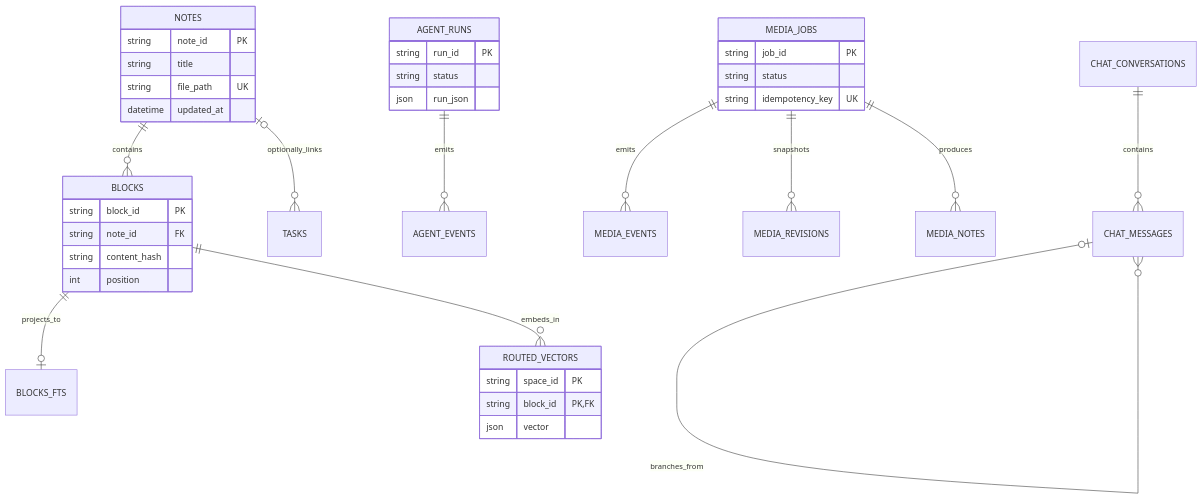
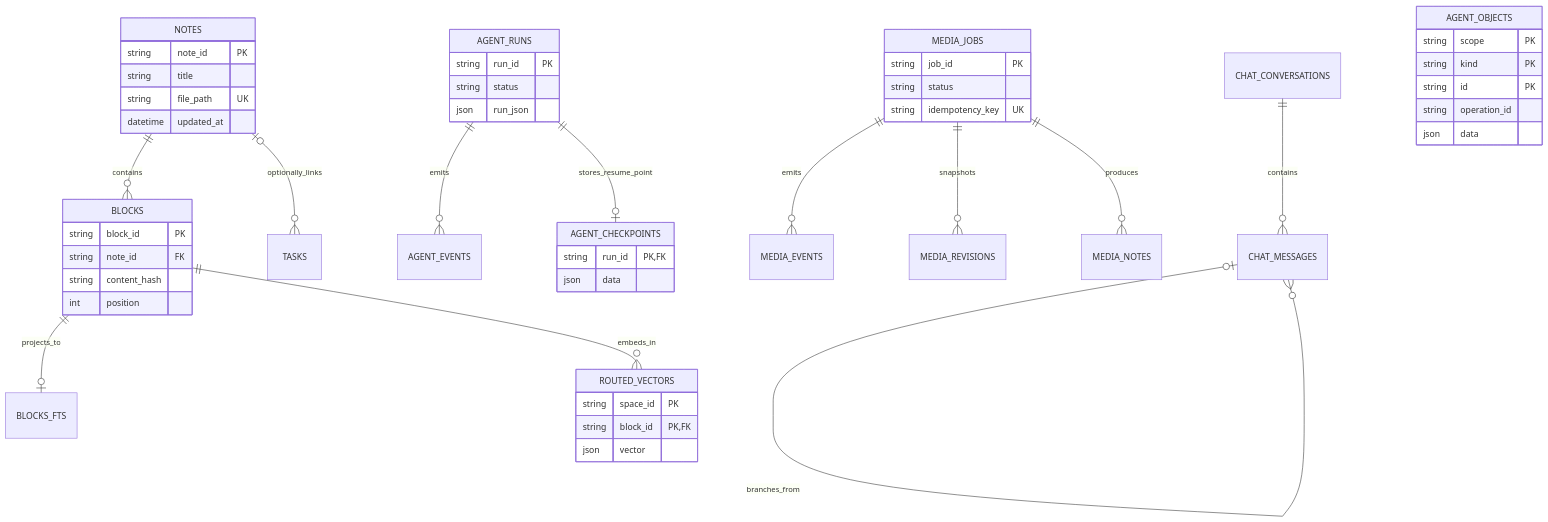
The fifth of 5 diagrams in README.md (KiriAky107/OpenNexus), drawn with Mermaid before and after one commit. The commit also changed other lines of this file and 1 other file, not shown here.

````diff
--- a/README.md
+++ b/README.md
@@ -220,42 +224,54 @@
 ```mermaid
 erDiagram
     NOTES ||--o{ BLOCKS : contains
     BLOCKS ||--o| BLOCKS_FTS : projects_to
     BLOCKS ||--o{ ROUTED_VECTORS : embeds_in
     NOTES o|--o{ TASKS : optionally_links
     AGENT_RUNS ||--o{ AGENT_EVENTS : emits
+    AGENT_RUNS ||--o| AGENT_CHECKPOINTS : stores_resume_point
     MEDIA_JOBS ||--o{ MEDIA_EVENTS : emits
     MEDIA_JOBS ||--o{ MEDIA_REVISIONS : snapshots
     MEDIA_JOBS ||--o{ MEDIA_NOTES : produces
     CHAT_CONVERSATIONS ||--o{ CHAT_MESSAGES : contains
     CHAT_MESSAGES o|--o{ CHAT_MESSAGES : branches_from
 
     NOTES {
         string note_id PK
         string title
         string file_path UK
         datetime updated_at
     }
     BLOCKS {
         string block_id PK
         string note_id FK
         string content_hash
         int position
     }
     ROUTED_VECTORS {
         string space_id PK
         string block_id PK, FK
         json vector
     }
     AGENT_RUNS {
         string run_id PK
         string status
         json run_json
     }
+    AGENT_OBJECTS {
+        string scope PK
+        string kind PK
+        string id PK
+        string operation_id
+        json data
+    }
+    AGENT_CHECKPOINTS {
+        string run_id PK, FK
+        json data
+    }
     MEDIA_JOBS {
         string job_id PK
         string status
         string idempotency_key UK
     }
 
 ```
````
